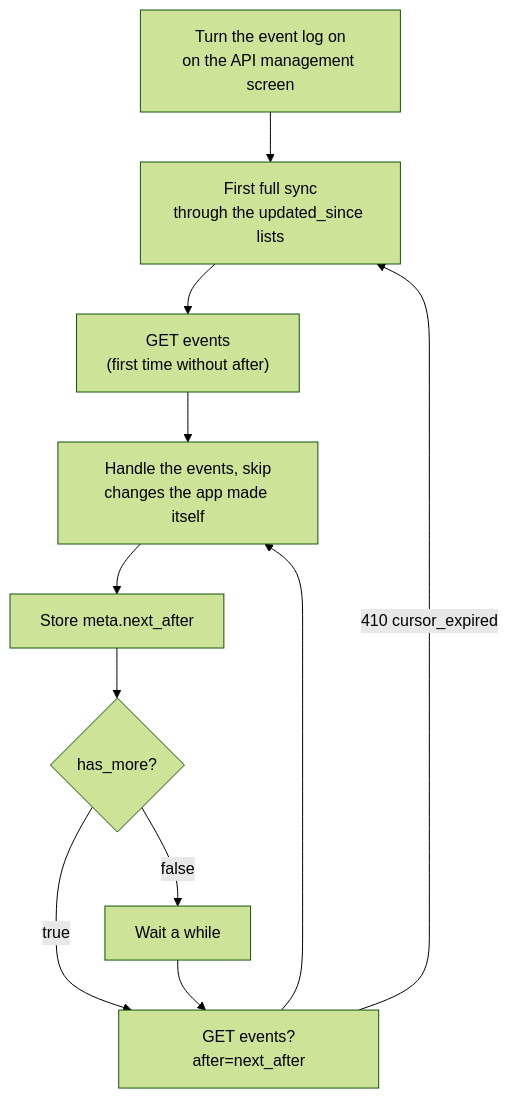
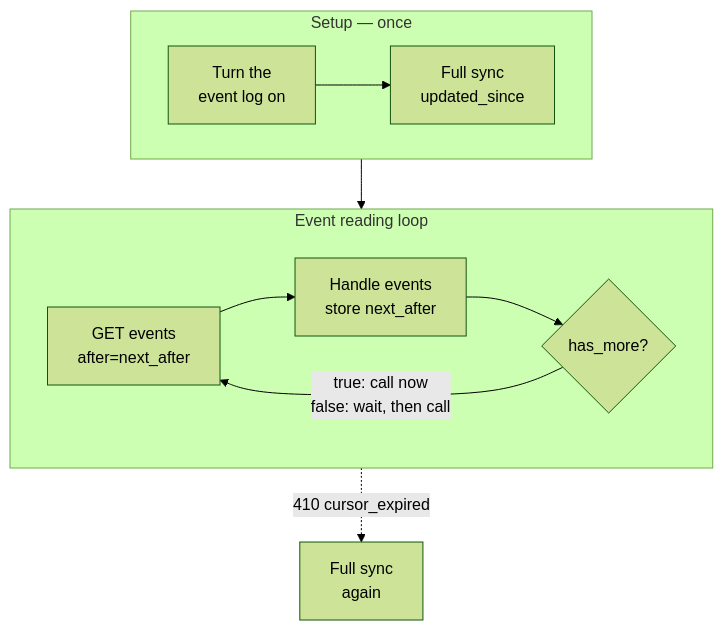
The third of 4 diagrams in api/api-sync.md (gp247net/gp247-docs), drawn with Mermaid (forest theme) before and after one commit. The commit also changed other lines of this file and 44 other files, not shown here.

First line of the commit message:
docs: redraw oversized diagrams in security, API and MCP docs (vi/en/ja)

````diff
--- a/api/api-sync.md
+++ b/api/api-sync.md
@@ -158,13 +158,14 @@
 ```mermaid
-flowchart TD
-    A["Turn the event log on<br/>on the API management screen"] --> B["First full sync<br/>through the updated_since lists"]
-    B --> C["GET events<br/>(first time without after)"]
-    C --> D["Handle the events, skip<br/>changes the app made itself"]
-    D --> E["Store meta.next_after"]
-    E --> F{"has_more?"}
-    F -- "true" --> G["GET events?after=next_after"]
-    F -- "false" --> H["Wait a while"]
-    H --> G
-    G --> D
-    G -- "410 cursor_expired" --> B
+flowchart TB
+    subgraph S1["Setup — once"]
+        direction LR
+        A["Turn the<br/>event log on"] --> B["Full sync<br/>updated_since"]
+    end
+    subgraph S2["Event reading loop"]
+        direction LR
+        C["GET events<br/>after=next_after"] --> D["Handle events<br/>store next_after"] --> F{"has_more?"}
+        F -- "true: call now<br/>false: wait, then call" --> C
+    end
+    S1 --> S2
+    S2 -.->|"410 cursor_expired"| X["Full sync<br/>again"]
 ```
````
